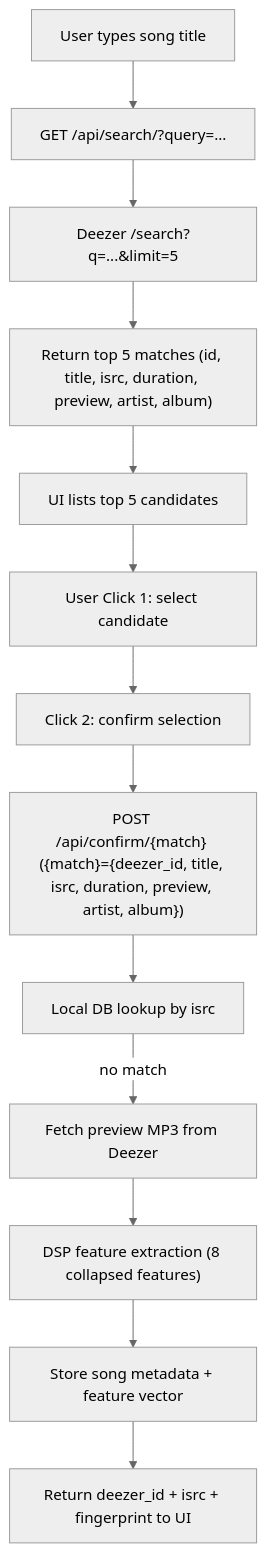
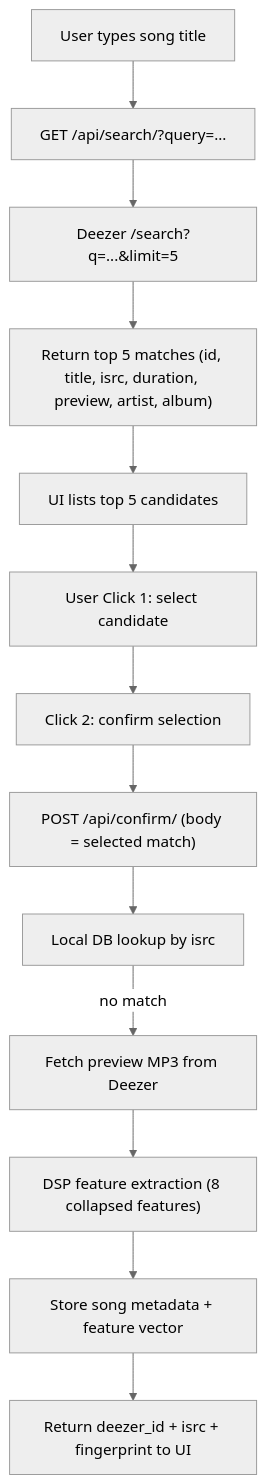
One commit to AhmedAl-Hayali/AgenticGenreGuru changed the first of 2 diagrams in docs/001-song-fingerprint-engine/api_flow.md. Above: the diagram before and after it, drawn with Mermaid (neutral theme). The commit also changed other lines of this file and 4 other files, not shown here.

Commit message:
docs(api): remove superfluous `match` in url + update search error-handling

````diff
--- a/docs/001-song-fingerprint-engine/api_flow.md
+++ b/docs/001-song-fingerprint-engine/api_flow.md
@@ -27,15 +27,15 @@
 ```mermaid
 flowchart TD
     U["User types song title"] --> A["GET /api/search/?query=..."]
     A --> D["Deezer /search?q=...&limit=5"]
     D --> A2["Return top 5 matches (id, title, isrc, duration, preview, artist, album)"]
     A2 --> UI["UI lists top 5 candidates"]
     UI --> C["User Click 1: select candidate"]
     C --> C2["Click 2: confirm selection"]
-    C2 --> POST["POST /api/confirm/{match} ({match}={deezer_id, title, isrc, duration, preview, artist, album})"]
+    C2 --> POST["POST /api/confirm/ (body = selected match)"]
     POST --> LOC["Local DB lookup by isrc"]
     LOC -->|"no match"| FETCH["Fetch preview MP3 from Deezer"]
     FETCH --> DSP["DSP feature extraction (8 collapsed features)"]
     DSP --> DB["Store song metadata + feature vector"]
     DB --> RETURN["Return deezer_id + isrc + fingerprint to UI"]
 ```
````
